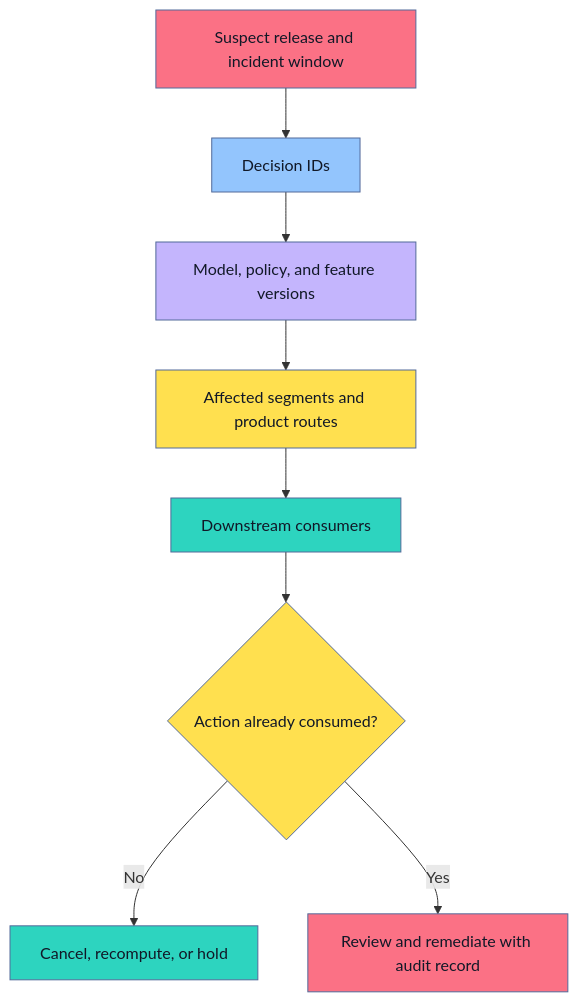
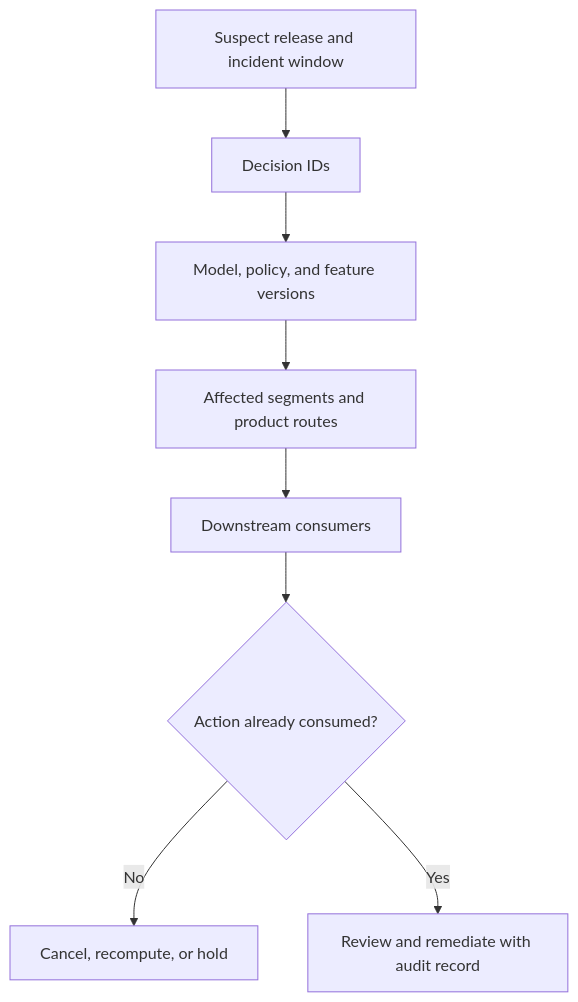
Before and after one commit to senlinyy/dev-roadmaps: the sixth of 9 diagrams in roadmaps/mlops/modules/deployment-and-release-management/rollback-and-recovery/01-ml-incident-response-basics.md, drawn with Mermaid. The commit also changed other lines of this file and 152 other files, not shown here.

Commit message:
feat: mlops and diagrams updated

````diff
--- a/roadmaps/mlops/modules/deployment-and-release-management/rollback-and-recovery/01-ml-incident-response-basics.md
+++ b/roadmaps/mlops/modules/deployment-and-release-management/rollback-and-recovery/01-ml-incident-response-basics.md
@@ -333,19 +332,19 @@
 ```mermaid
 flowchart TD
     A["Suspect release and incident window"] --> B["Decision IDs"]
     B --> C["Model, policy, and feature versions"]
     C --> D["Affected segments and product routes"]
     D --> E["Downstream consumers"]
     E --> F{"Action already consumed?"}
     F -->|"No"| G["Cancel, recompute, or hold"]
     F -->|"Yes"| H["Review and remediate with audit record"]
 
-    style A fill:#FB7185,stroke:#536A9A,color:#111827
-    style B fill:#93C5FD,stroke:#536A9A,color:#111827
-    style C fill:#C4B5FD,stroke:#536A9A,color:#111827
-    style D fill:#FFE04F,stroke:#536A9A,color:#111827
-    style E fill:#2DD4BF,stroke:#536A9A,color:#111827
-    style F fill:#FFE04F,stroke:#536A9A,color:#111827
-    style G fill:#2DD4BF,stroke:#536A9A,color:#111827
-    style H fill:#FB7185,stroke:#536A9A,color:#111827
+    class A dp-mermaid-primary
+    class B dp-mermaid-secondary
+    class C dp-mermaid-tertiary
+    class D dp-mermaid-quaternary
+    class E dp-mermaid-primary
+    class F dp-mermaid-quaternary
+    class G dp-mermaid-primary
+    class H dp-mermaid-primary
 ```
````
